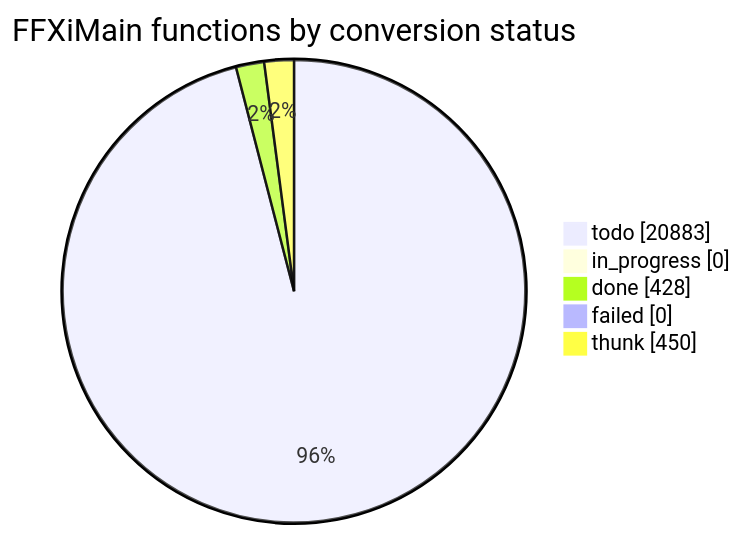
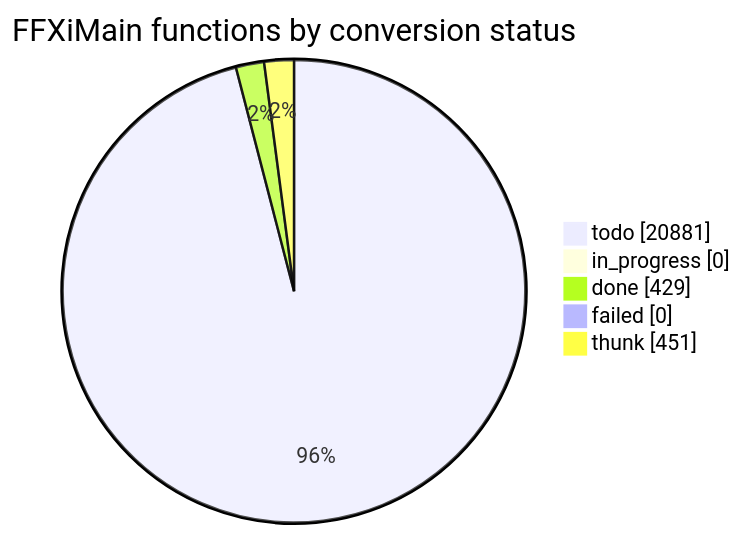
One commit to cowrevenge/cow_kuluu_xi_anything changed the diagram in docs/cow/STATUS.md. Above: the diagram before and after it, drawn with Mermaid. The commit also changed other lines of this file and 9 other files, not shown here.

````diff
--- a/docs/cow/STATUS.md
+++ b/docs/cow/STATUS.md
@@ -18,9 +18,9 @@
 ```mermaid
 pie showData
     title FFXiMain functions by conversion status
-    "todo" : 20883
+    "todo" : 20881
     "in_progress" : 0
-    "done" : 428
+    "done" : 429
     "failed" : 0
-    "thunk" : 450
+    "thunk" : 451
 ```
````
